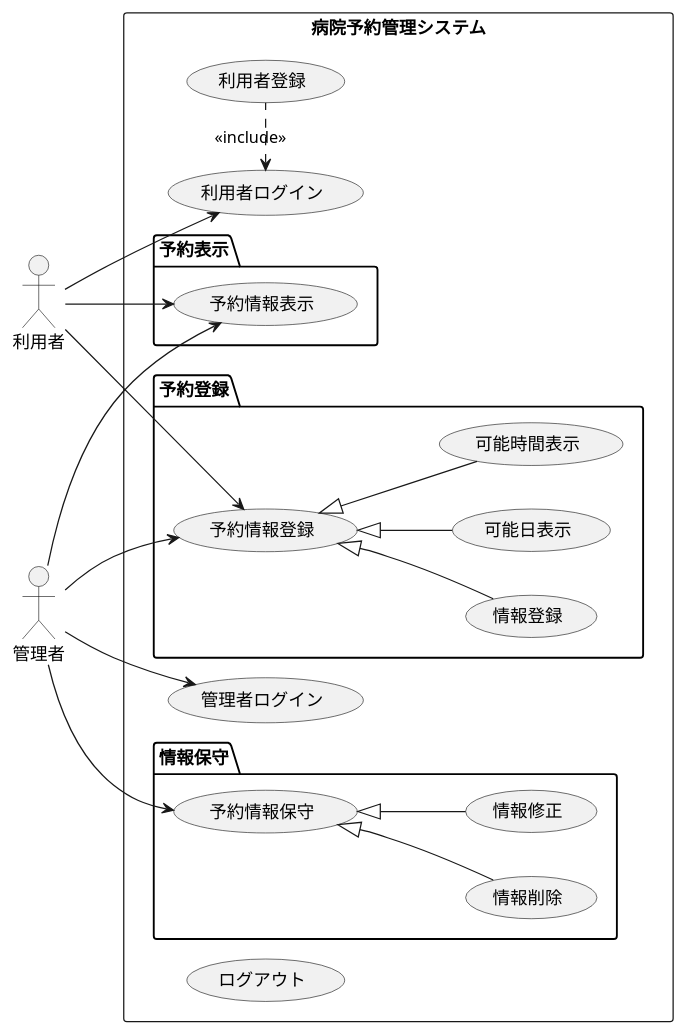
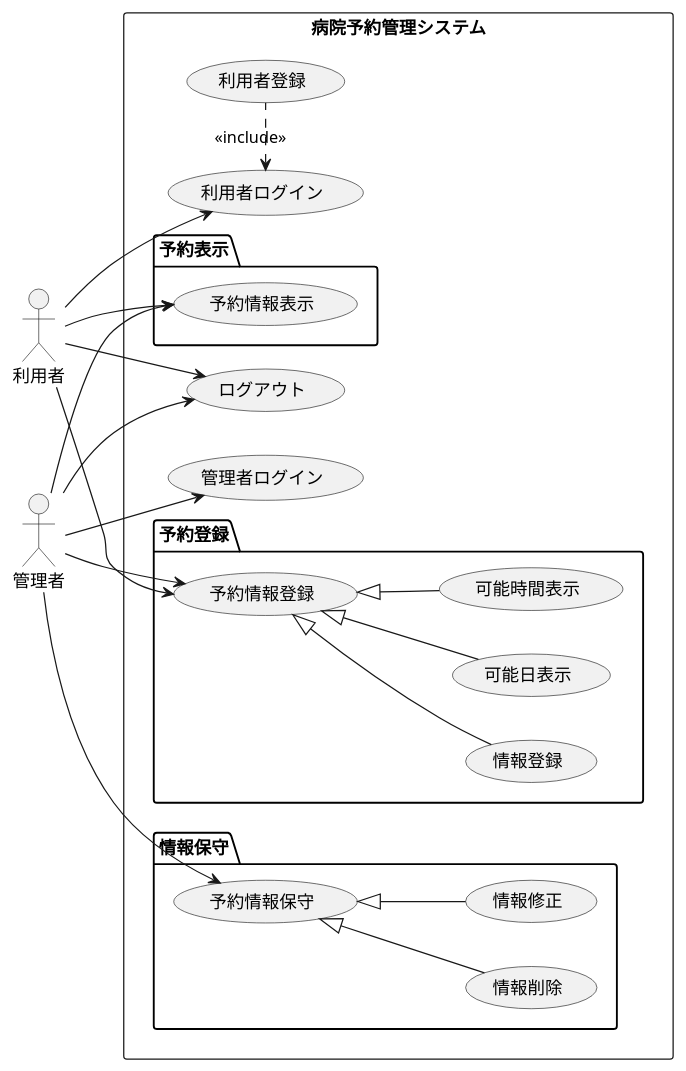
One commit to hitokin/uml_introduction changed the diagram in group.pu. Above: the diagram before and after it, drawn with PlantUML.

```diff
--- a/group.pu
+++ b/group.pu
@@ -1,40 +1,42 @@
 @startuml ユースケース図
 left to right direction
 actor 利用者
 actor 管理者
 rectangle 病院予約管理システム {
     usecase 利用者登録
     usecase 利用者ログイン
     usecase 管理者ログイン
     usecase ログアウト
     利用者ログイン <. 利用者登録 : <<include>>
     利用者 --> 利用者ログイン
     管理者 --> 管理者ログイン
         package 予約登録 {
             usecase 予約情報登録
             usecase 情報登録
             usecase 可能日表示
             usecase 可能時間表示
             予約情報登録 <|-- 情報登録
             予約情報登録 <|-- 可能日表示
             予約情報登録 <|-- 可能時間表示
             利用者 --> 予約情報登録
             管理者 --> 予約情報登録
         }
         package 情報保守 {
             usecase 予約情報保守
             usecase 情報修正
             usecase 情報削除
             予約情報保守 <|-- 情報修正
             予約情報保守 <|-- 情報削除
             管理者 --> 予約情報保守 
         }
     
         package 予約表示 {
             usecase 予約情報表示 
             利用者 -> 予約情報表示
             管理者 --> 予約情報表示
         }
+    利用者 --> ログアウト
+    管理者 --> ログアウト
 }
 
 @endumll
```
